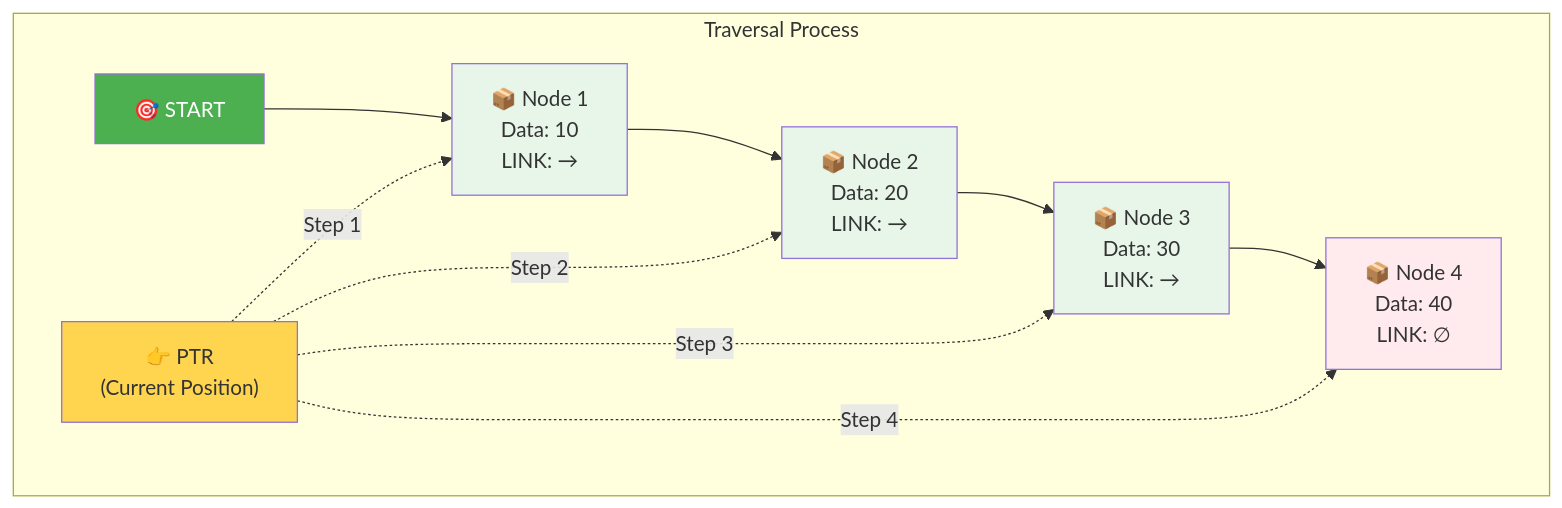
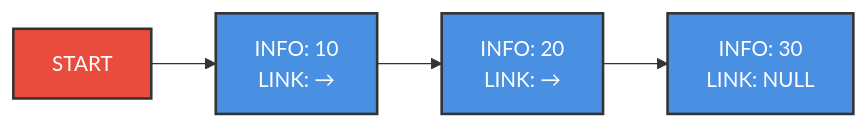
The tenth of 54 diagrams in Chapter 5 - Linked Lists/README.md (M-F-Tushar/CSE-2101-Data-Structure), drawn with Mermaid before and after one commit. The commit also changed other lines of this file, not shown here.

````diff
--- a/Chapter 5 - Linked Lists/README.md
+++ b/Chapter 5 - Linked Lists/README.md
@@ -500,21 +997,11 @@
 ```mermaid
-graph TB
-    subgraph "Traversal Process"
-        START_NODE["🎯 START"] --> N1
-        N1["📦 Node 1<br/>Data: 10<br/>LINK: →"] --> N2["📦 Node 2<br/>Data: 20<br/>LINK: →"]
-        N2 --> N3["📦 Node 3<br/>Data: 30<br/>LINK: →"]
-        N3 --> N4["📦 Node 4<br/>Data: 40<br/>LINK: ∅"]
-        
-        PTR["👉 PTR<br/>(Current Position)"] -.->|"Step 1"| N1
-        PTR -.->|"Step 2"| N2
-        PTR -.->|"Step 3"| N3
-        PTR -.->|"Step 4"| N4
-        
-        style N1 fill:#e8f5e9
-        style N2 fill:#e8f5e9
-        style N3 fill:#e8f5e9
-        style N4 fill:#ffebee
-        style PTR fill:#ffd54f
-        style START_NODE fill:#4caf50,color:#fff
-    end
+graph LR
+    START["START"] --> N1["INFO: 10<br/>LINK: →"]
+    N1 --> N2["INFO: 20<br/>LINK: →"]
+    N2 --> N3["INFO: 30<br/>LINK: NULL"]
+    
+    style START fill:#E94B3C,stroke:#333,stroke-width:2px,color:#fff
+    style N1 fill:#4A90E2,stroke:#333,stroke-width:2px,color:#fff
+    style N2 fill:#4A90E2,stroke:#333,stroke-width:2px,color:#fff
+    style N3 fill:#4A90E2,stroke:#333,stroke-width:2px,color:#fff
 ```
````
